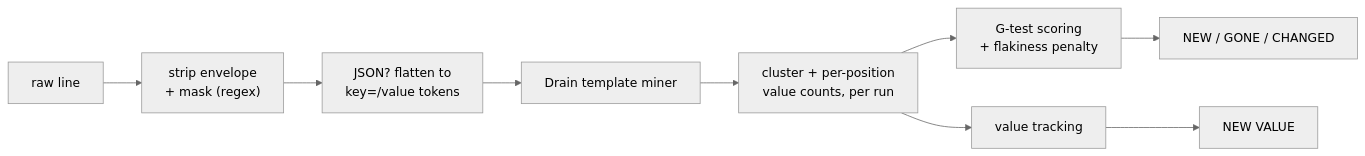
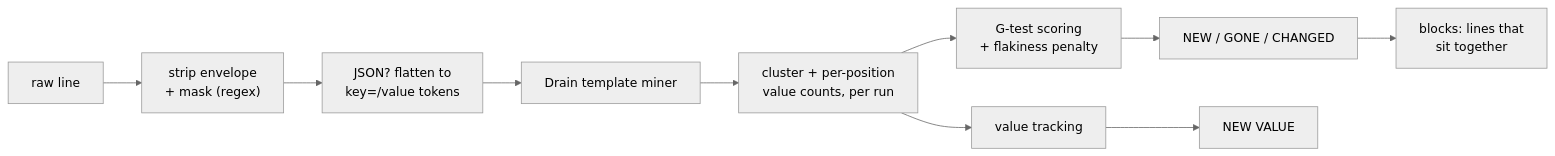
Before and after one commit to antonsoo/logdelta: the diagram in README.md, drawn with Mermaid (neutral theme). The commit also changed other lines of this file and 29 other files, not shown here.

First line of the commit message:
feat: report lines that belong together as one block

````diff
--- a/README.md
+++ b/README.md
@@ -169,11 +196,12 @@
 ```mermaid
 flowchart LR
     A[raw line] --> B["strip envelope\n+ mask (regex)"]
     B --> C["JSON? flatten to\nkey=/value tokens"]
     C --> D["Drain template miner"]
     D --> E["cluster + per-position\nvalue counts, per run"]
     E --> F["G-test scoring\n+ flakiness penalty"]
     E --> G["value tracking"]
     F --> H["NEW / GONE / CHANGED"]
     G --> I["NEW VALUE"]
+    H --> J["blocks: lines that\nsit together"]
 ```
````
